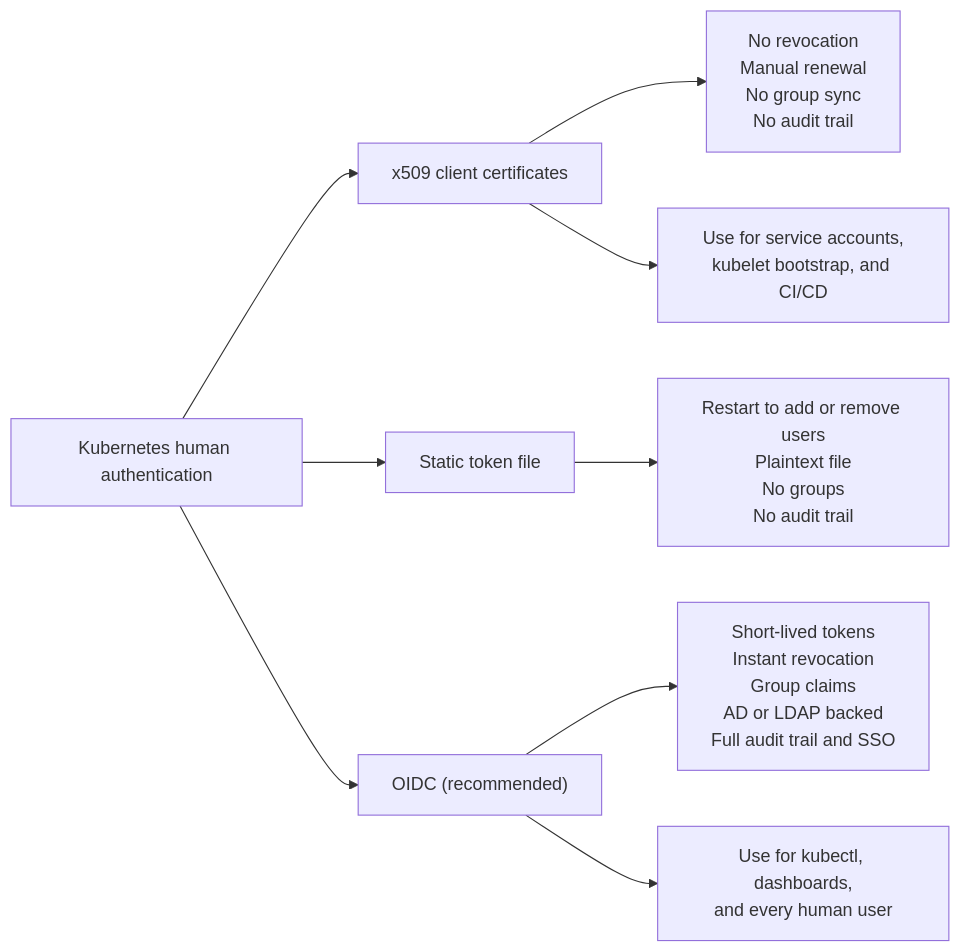
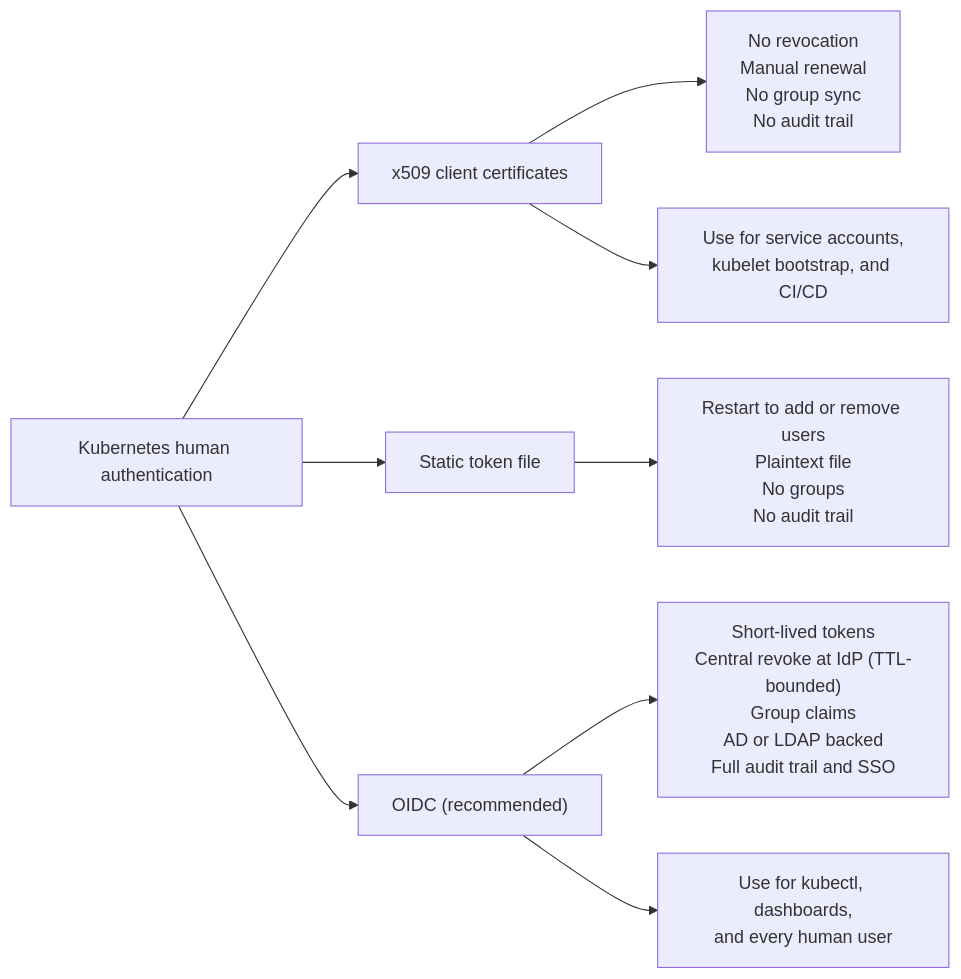
Before and after one commit to kube-dojo/kube-dojo: the first of 4 diagrams in src/content/docs/on-premises/security/module-6.3-enterprise-identity.md, drawn with Mermaid. The commit also changed other lines of this file, not shown here.

Commit message:
fix(content): 6.3 review fixes — runnable AuthenticationConfiguration (drop fake exp rule, user.username CEL), local JWKS validation + TTL-revocation wording, soften volatile version pins (Keycloak/oauth2-proxy CVE), multi-DB Keycloak, Dex/Keycloak kubelogin client-secret (codex R1)

````diff
--- a/src/content/docs/on-premises/security/module-6.3-enterprise-identity.md
+++ b/src/content/docs/on-premises/security/module-6.3-enterprise-identity.md
@@ -58,14 +58,14 @@
 ```mermaid
 flowchart LR
     Access["Kubernetes human authentication"]
     Access --> X509["x509 client certificates"]
     Access --> Static["Static token file"]
     Access --> OIDC["OIDC (recommended)"]
 
     X509 --> X509Limits["No revocation<br/>Manual renewal<br/>No group sync<br/>No audit trail"]
     Static --> StaticLimits["Restart to add or remove users<br/>Plaintext file<br/>No groups<br/>No audit trail"]
-    OIDC --> OIDCBenefits["Short-lived tokens<br/>Instant revocation<br/>Group claims<br/>AD or LDAP backed<br/>Full audit trail and SSO"]
+    OIDC --> OIDCBenefits["Short-lived tokens<br/>Central revoke at IdP (TTL-bounded)<br/>Group claims<br/>AD or LDAP backed<br/>Full audit trail and SSO"]
 
     X509 --> X509Use["Use for service accounts,<br/>kubelet bootstrap, and CI/CD"]
     OIDC --> OIDCUse["Use for kubectl, dashboards,<br/>and every human user"]
 ```
````
